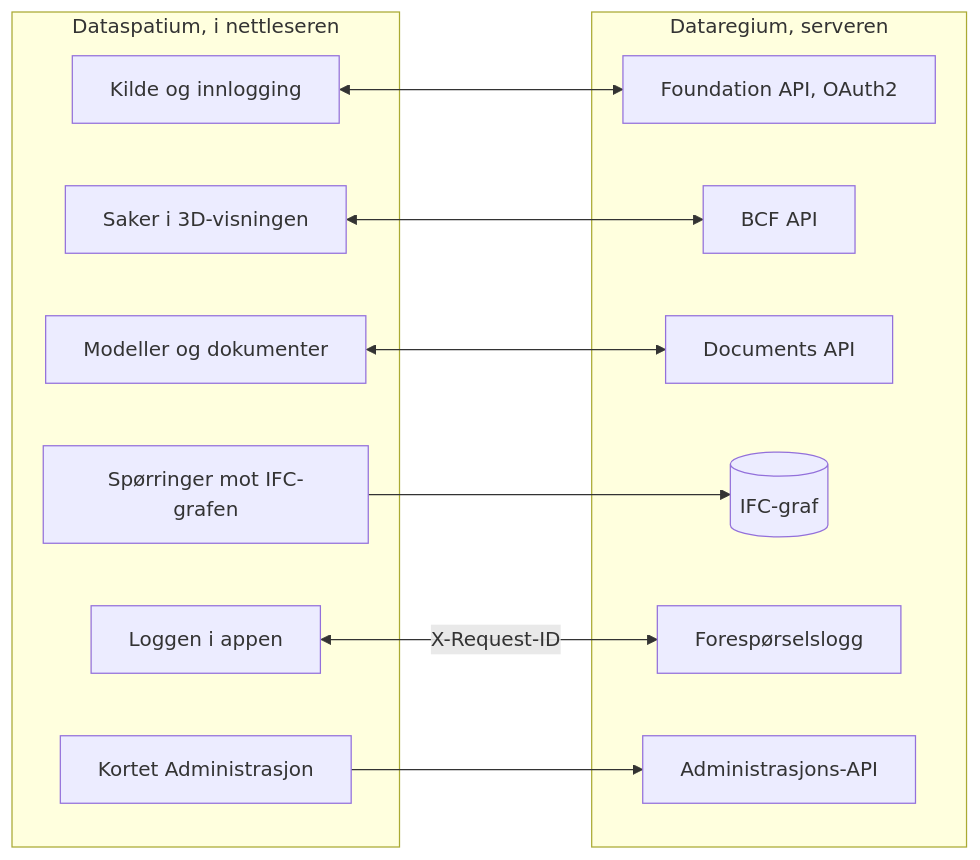
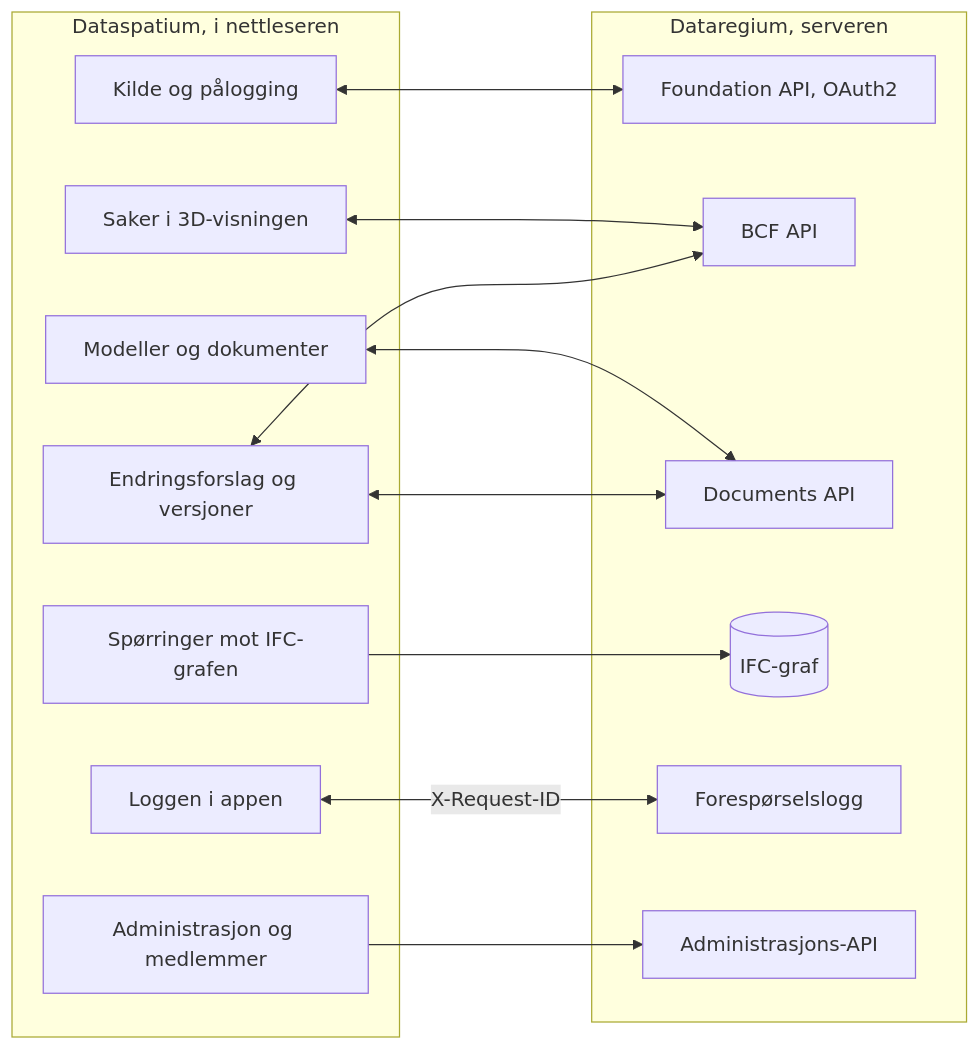
One commit to marwiss/Dataspatium changed the diagram in docs/nb/README.md. Above: the diagram before and after it, drawn with Mermaid. The commit also changed other lines of this file and 6 other files, not shown here.

````diff
--- a/docs/nb/README.md
+++ b/docs/nb/README.md
@@ -161,25 +233,28 @@
 ```mermaid
 flowchart LR
     subgraph app ["Dataspatium, i nettleseren"]
-        source["Kilde og innlogging"]
+        source["Kilde og pålogging"]
         issues["Saker i 3D-visningen"]
         files["Modeller og dokumenter"]
+        changes["Endringsforslag og versjoner"]
         queries["Spørringer mot IFC-grafen"]
         log["Loggen i appen"]
-        admin["Kortet Administrasjon"]
+        admin["Administrasjon og medlemmer"]
     end
     subgraph server ["Dataregium, serveren"]
         foundation["Foundation API, OAuth2"]
         bcf["BCF API"]
         documents["Documents API"]
         ifcgraph[("IFC-graf")]
         requests["Forespørselslogg"]
         adminapi["Administrasjons-API"]
     end
     source <--> foundation
     issues <--> bcf
     files <--> documents
+    changes <--> bcf
+    changes <--> documents
     queries --> ifcgraph
     log <-- "X-Request-ID" --> requests
     admin --> adminapi
 ```
````
